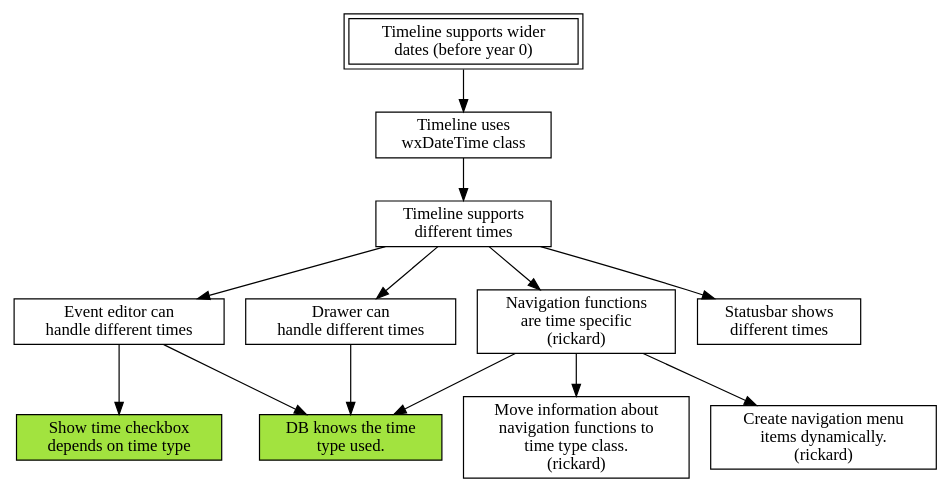
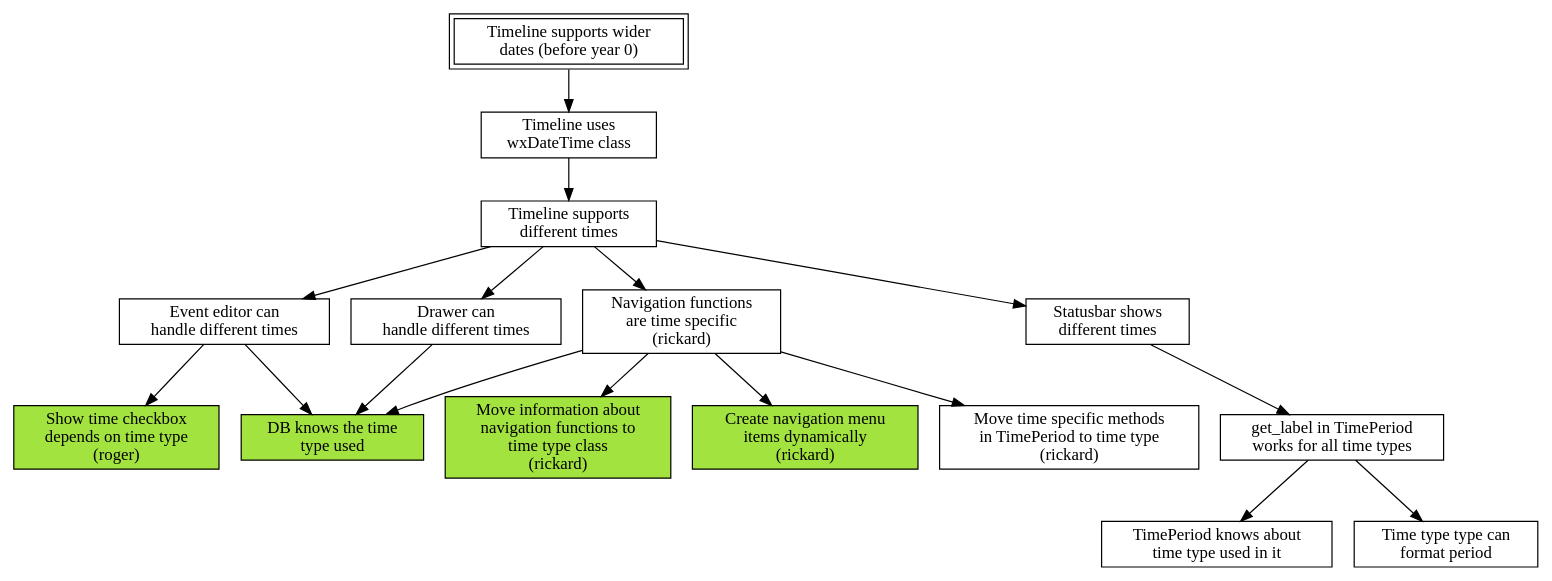
Before and after one commit to shutaozhenzhen/thetimelineproj: the diagram in mikado.dot, drawn with Graphviz.

Commit message:
Update mikado graph.

```diff
--- a/mikado.dot
+++ b/mikado.dot
@@ -1,42 +1,57 @@
 digraph mikado
 {
     node [shape=box];
 
     wider_dates [label="Timeline supports wider\ndates (before year 0)"];
     wider_dates [peripheries=2];
         wider_dates -> switch_to_wx_time;
 
     switch_to_wx_time [label="Timeline uses\nwxDateTime class"];
         switch_to_wx_time -> different_time;
 
     different_time [label="Timeline supports\ndifferent times "];
         different_time -> event_editor;
         different_time -> drawer;
         different_time -> navigation;
         different_time -> status_bar;
 
     event_editor [label="Event editor can\nhandle different times"];
         event_editor -> show_time;
         event_editor -> db_has_type_info;
 
     drawer [label="Drawer can\nhandle different times"];
         drawer -> db_has_type_info;
 
     navigation [label="Navigation functions\nare time specific\n(rickard)"];
         navigation -> db_has_type_info;
         navigation -> move_nav_to_time_type;
         navigation -> create_menu_items_dynamically;
+        navigation -> time_period;
 
     status_bar [label="Statusbar shows\ndifferent times"];
+        status_bar -> get_label;
+        get_label -> time_period_knows_type;
+
+    get_label [label="get_label in TimePeriod\nworks for all time types"];
+        get_label -> type_format;
 
     // Leaves
 
-    show_time [label="Show time checkbox\ndepends on time type",style=filled,fillcolor="#A2E33F"];
+    show_time [label="Show time checkbox\ndepends on time type\n(roger)"];
+    show_time [style=filled,fillcolor="#A2E33F"];
 
-    db_has_type_info [label="DB knows the time\ntype used."];
+    db_has_type_info [label="DB knows the time\ntype used"];
     db_has_type_info [style=filled,fillcolor="#A2E33F"];
 
-    move_nav_to_time_type [label="Move information about\nnavigation functions to\ntime type class.\n(rickard)"];
+    move_nav_to_time_type [label="Move information about\nnavigation functions to\ntime type class\n(rickard)"];
+    move_nav_to_time_type [style=filled,fillcolor="#A2E33F"];
 
-    create_menu_items_dynamically [label="Create navigation menu\nitems dynamically.\n(rickard)"];
+    create_menu_items_dynamically [label="Create navigation menu\nitems dynamically\n(rickard)"];
+    create_menu_items_dynamically [style=filled,fillcolor="#A2E33F"];
+
+    time_period [label="Move time specific methods\nin TimePeriod to time type\n(rickard)"];
+
+    time_period_knows_type [label="TimePeriod knows about\ntime type used in it"];
+
+    type_format [label="Time type type can\nformat period"];
 }
```
